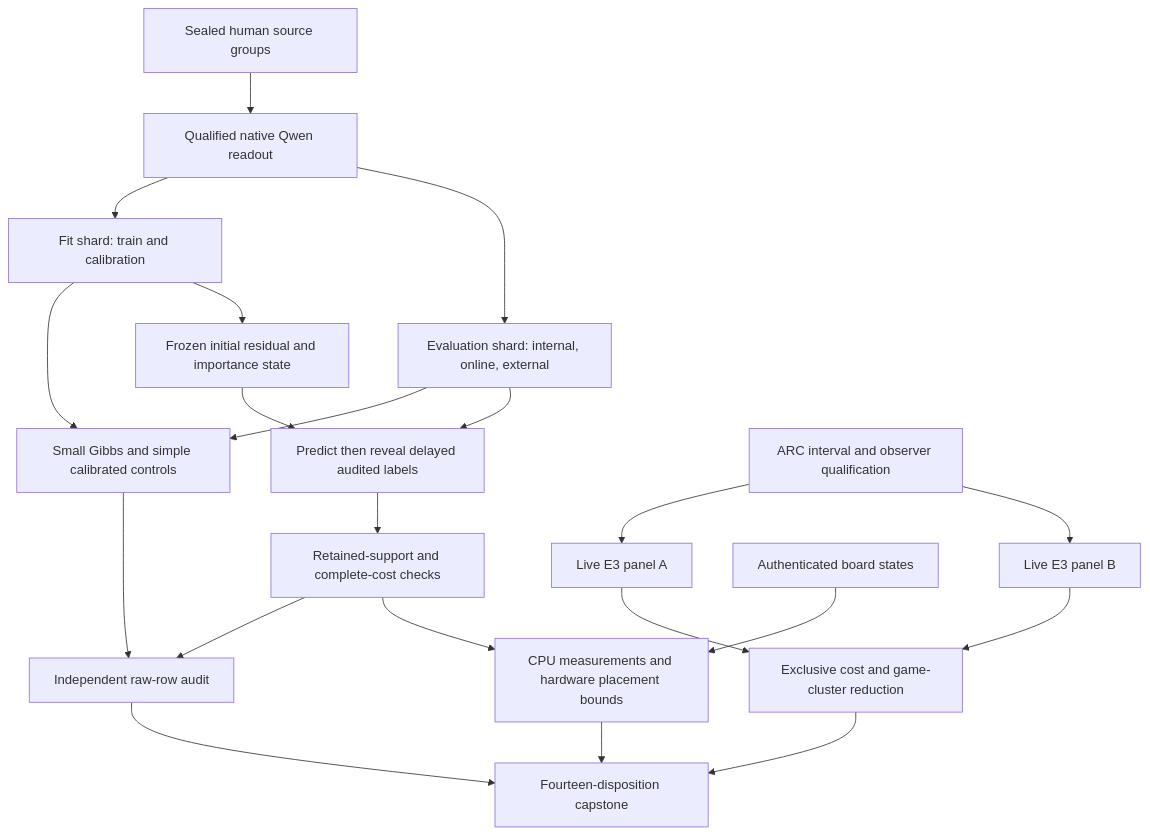
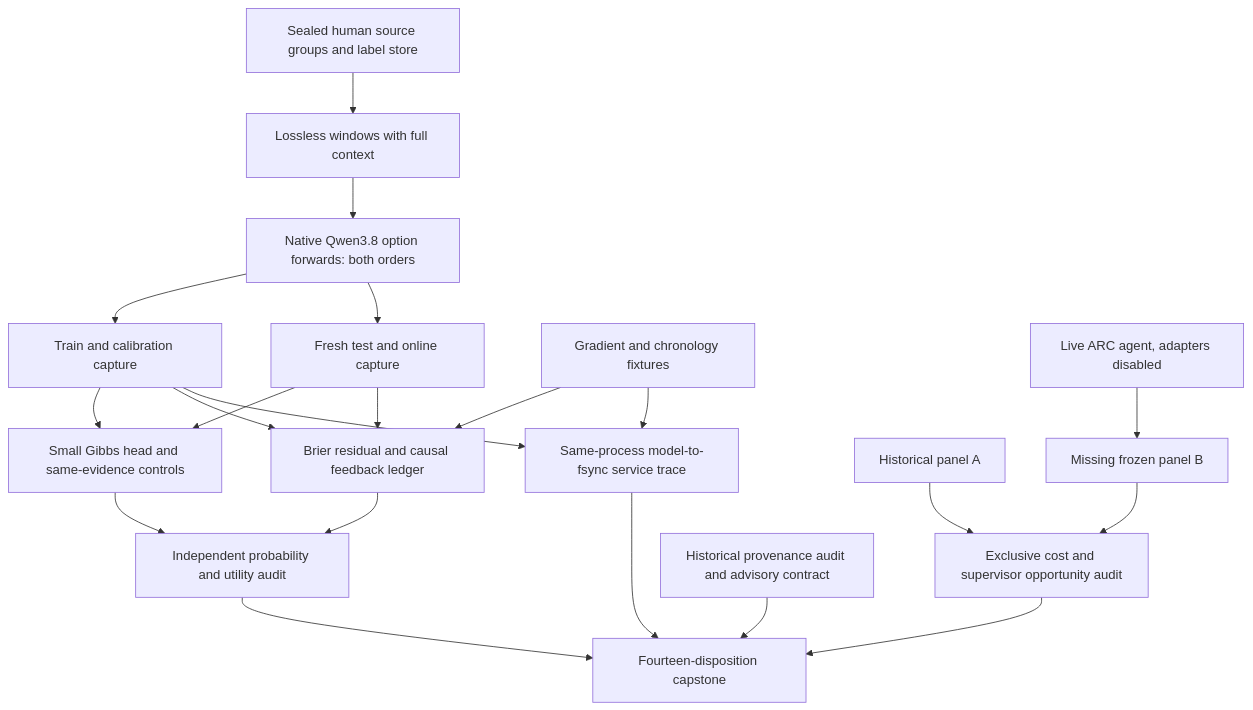
The first of 2 diagrams in openspec/change-proposals/research-roadmap-vNEXT.md (Carnot-EBM/carnot-ebm), drawn with Mermaid before and after one commit. The commit also changed other lines of this file and 13 other files, not shown here.

````diff
--- a/openspec/change-proposals/research-roadmap-vNEXT.md
+++ b/openspec/change-proposals/research-roadmap-vNEXT.md
@@ -95,23 +100,23 @@
 ```mermaid
 flowchart TD
-    H[Sealed human source groups] --> Q[Qualified native Qwen readout]
-    Q --> F[Fit shard: train and calibration]
-    Q --> E[Evaluation shard: internal, online, external]
-    F --> G[Small Gibbs and simple calibrated controls]
-    E --> G
-    F --> I[Frozen initial residual and importance state]
-    I --> L[Predict then reveal delayed audited labels]
-    E --> L
-    L --> R[Retained-support and complete-cost checks]
-    G --> A[Independent raw-row audit]
-    R --> A
-    T[ARC interval and observer qualification] --> X[Live E3 panel A]
-    T --> Y[Live E3 panel B]
-    X --> U[Exclusive cost and game-cluster reduction]
-    Y --> U
-    R --> P[CPU measurements and hardware placement bounds]
-    B[Authenticated board states] --> P
-    A --> C[Fourteen-disposition capstone]
-    U --> C
-    P --> C
+    H[Sealed human source groups and label store] --> P[Lossless windows with full context]
+    P --> Q[Native Qwen3.8 option forwards: both orders]
+    Q --> F[Train and calibration capture]
+    Q --> T[Fresh test and online capture]
+    F --> G[Small Gibbs head and same-evidence controls]
+    T --> G
+    F --> U[Brier residual and causal feedback ledger]
+    T --> U
+    C[Gradient and chronology fixtures] --> U
+    G --> A[Independent probability and utility audit]
+    U --> A
+    R[Live ARC agent, adapters disabled] --> B[Missing frozen panel B]
+    B --> X[Exclusive cost and supervisor opportunity audit]
+    HA[Historical panel A] --> X
+    F --> S[Same-process model-to-fsync service trace]
+    C --> S
+    A --> Z[Fourteen-disposition capstone]
+    X --> Z
+    S --> Z
+    D[Historical provenance audit and advisory contract] --> Z
 ```
````
